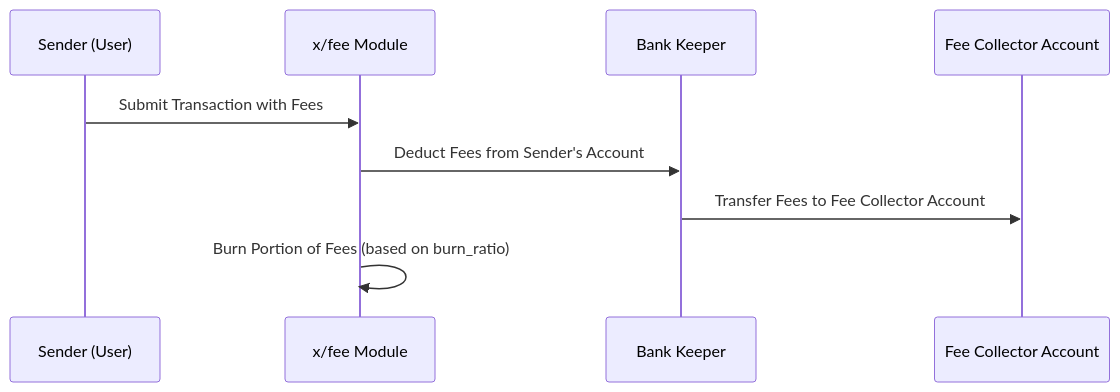
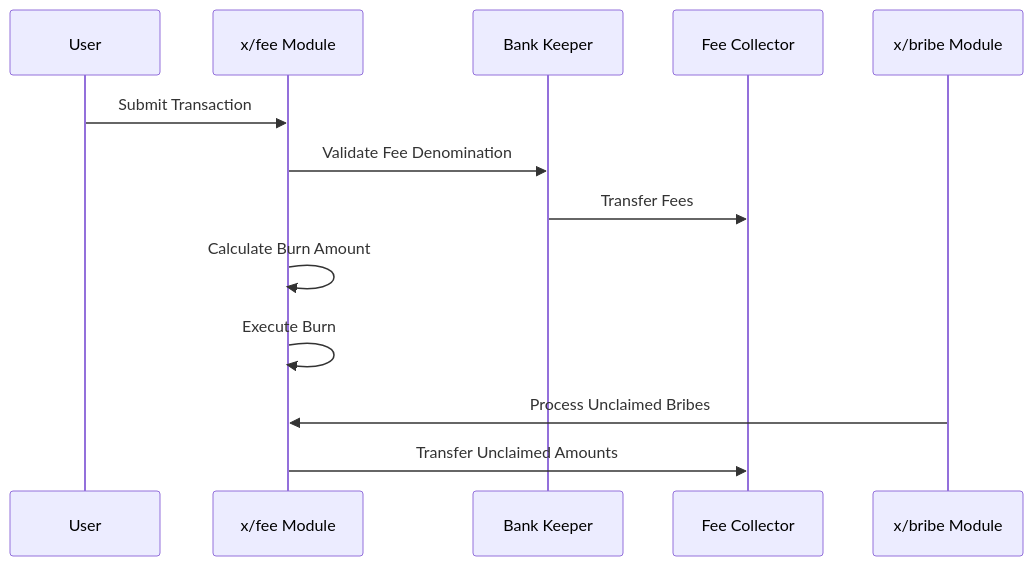
Before and after one commit to sunriselayer/gitbook: the diagram in learn/sunrise/fee.md, drawn with Mermaid. The commit also changed other lines of this file, not shown here.

Commit message:
feat: add tx fee for bribe

````diff
--- a/learn/sunrise/fee.md
+++ b/learn/sunrise/fee.md
@@ -98,12 +166,16 @@
 ```mermaid
 sequenceDiagram
-    participant Sender as Sender (User)
+    participant User
     participant FeeModule as x/fee Module
     participant BankKeeper as Bank Keeper
-    participant FeeCollector as Fee Collector Account
+    participant FeeCollector as Fee Collector
+    participant BribeModule as x/bribe Module
 
-    Sender->>FeeModule: Submit Transaction with Fees
-    FeeModule->>BankKeeper: Deduct Fees from Sender's Account
-    BankKeeper->>FeeCollector: Transfer Fees to Fee Collector Account
-    FeeModule->>FeeModule: Burn Portion of Fees (based on burn_ratio)
+    User->>FeeModule: Submit Transaction
+    FeeModule->>BankKeeper: Validate Fee Denomination
+    BankKeeper->>FeeCollector: Transfer Fees
+    FeeModule->>FeeModule: Calculate Burn Amount
+    FeeModule->>FeeModule: Execute Burn
+    BribeModule->>FeeModule: Process Unclaimed Bribes
+    FeeModule->>FeeCollector: Transfer Unclaimed Amounts
 ```
````
